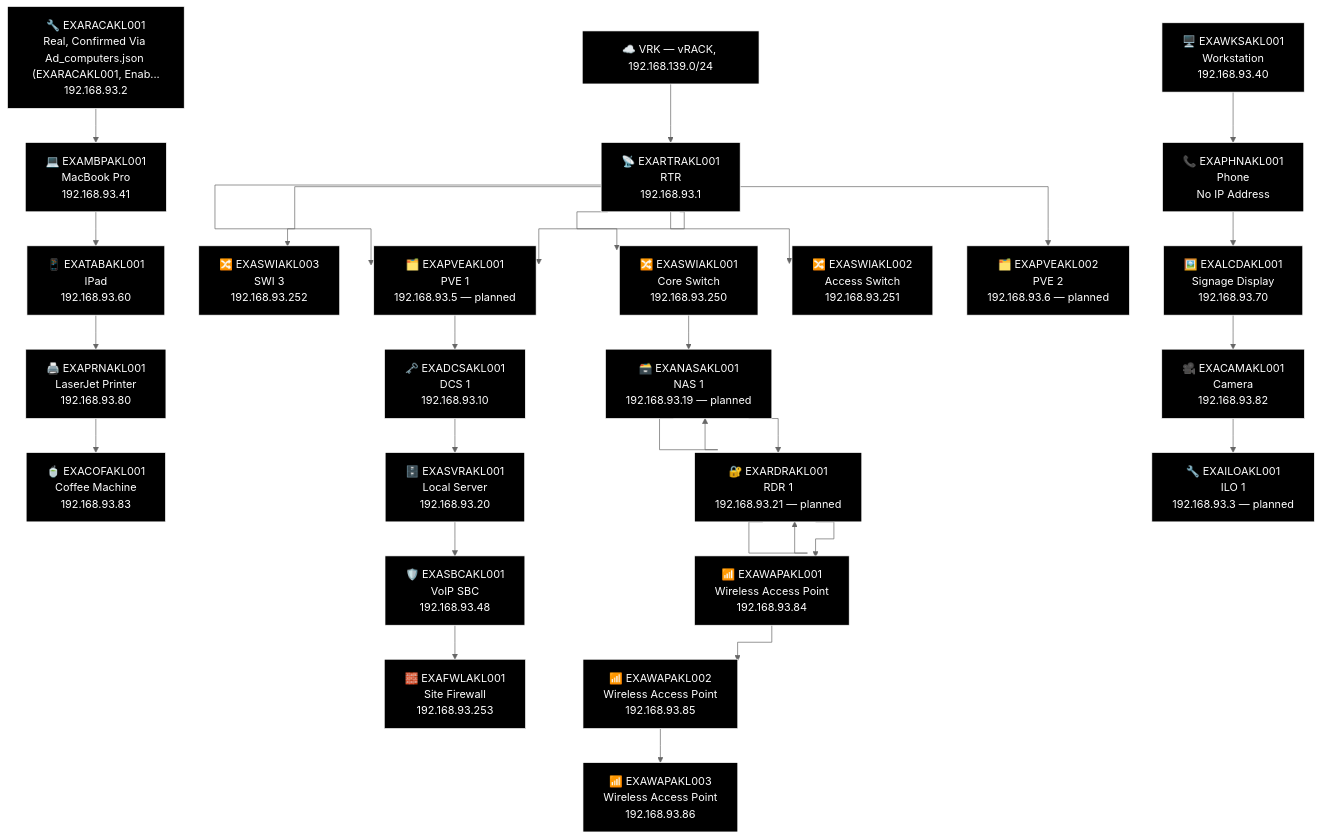
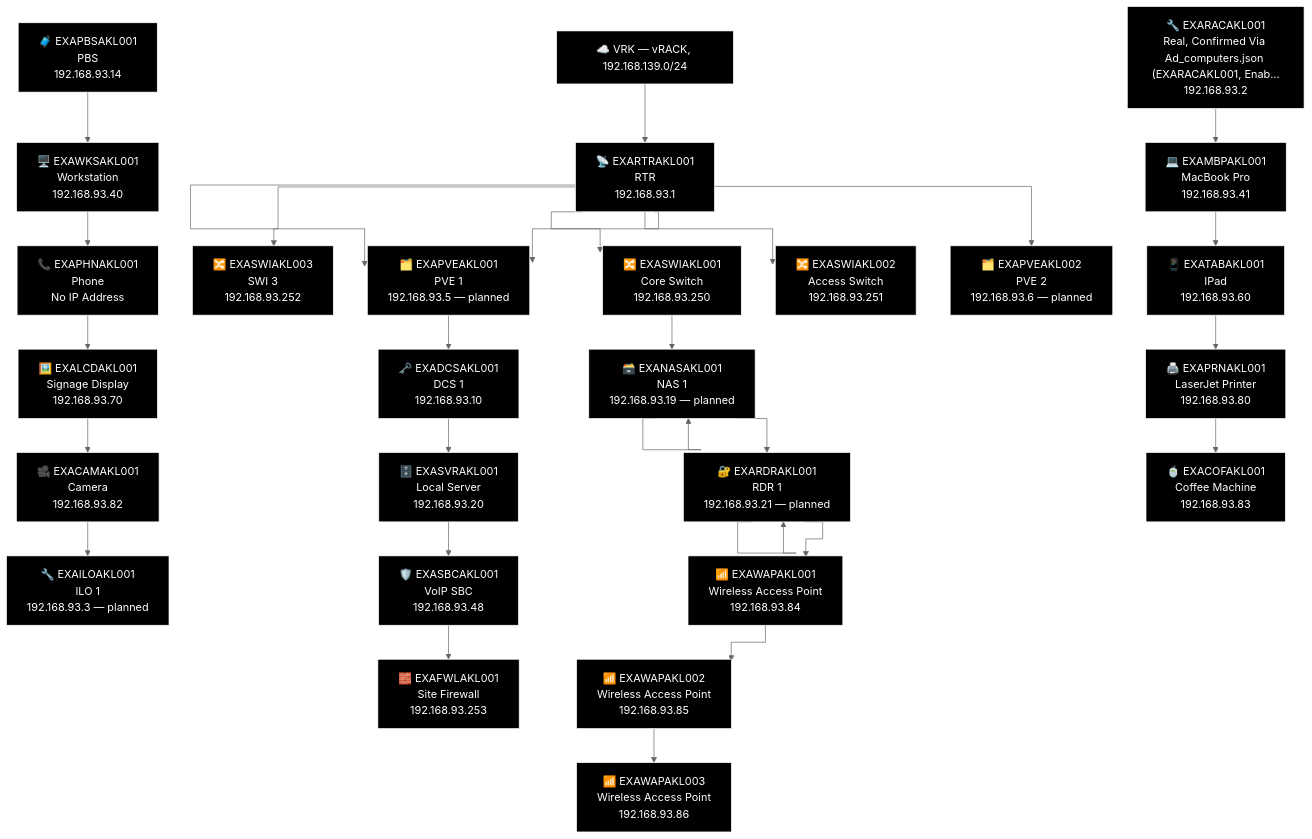
Before and after one commit to knightmare2600/example_music_infra: the third of 3 diagrams in docs/network-diagram/new-zealand.md, drawn with Mermaid (neutral theme). The commit also changed 14 other files, not shown here.

First line of the commit message:
docs/network-diagram: regenerate, every site was missing its PBS node

````diff
--- a/docs/network-diagram/new-zealand.md
+++ b/docs/network-diagram/new-zealand.md
@@ -131,75 +131,77 @@
 ```mermaid
 %% GENERATED:TOPOLOGY:AKL:START
 %%{init: {'flowchart': {'curve': 'stepAfter'}}}%%
 graph TD
     T_VRK["☁️ VRK — vRACK, 192.168.139.0/24"]
     T_RTR["📡 EXARTRAKL001<br/>RTR<br/>192.168.93.1"]
     T_VRK --> T_RTR
     T_PVE["🗂️ EXAPVEAKL001<br/>PVE 1<br/>192.168.93.5"]
     T_RTR --> T_PVE
     T_SWI["🔀 EXASWIAKL003<br/>SWI 3<br/>192.168.93.252"]
     T_RTR --> T_SWI
     T_SWI2["🔀 EXASWIAKL001<br/>Core Switch<br/>192.168.93.250"]
     T_RTR --> T_SWI2
     T_SWI3["🔀 EXASWIAKL002<br/>Access Switch<br/>192.168.93.251"]
     T_RTR --> T_SWI3
     T_PVE["🗂️ EXAPVEAKL001<br/>PVE 1<br/>192.168.93.5 — planned"]
     T_RTR --> T_PVE
     T_PVE2["🗂️ EXAPVEAKL002<br/>PVE 2<br/>192.168.93.6 — planned"]
     T_RTR --> T_PVE2
     T_NAS["🗃️ EXANASAKL001<br/>NAS<br/>192.168.93.19"]
     T_NAS["🗃️ EXANASAKL001<br/>NAS 1<br/>192.168.93.19 — planned"]
     T_RDR["🔐 EXARDRAKL001<br/>RDR<br/>192.168.93.21"]
     T_RDR["🔐 EXARDRAKL001<br/>RDR 1<br/>192.168.93.21 — planned"]
     T_WAP["📶 EXAWAPAKL001<br/>Wireless Access Point<br/>192.168.93.84"]
     T_WAP2["📶 EXAWAPAKL002<br/>Wireless Access Point<br/>192.168.93.85"]
     T_WAP3["📶 EXAWAPAKL003<br/>Wireless Access Point<br/>192.168.93.86"]
     T_SWI2 --> T_NAS --> T_NAS --> T_RDR --> T_RDR --> T_WAP --> T_WAP2 --> T_WAP3
     T_DCS["🗝️ EXADCSAKL001<br/>DCS 1<br/>192.168.93.10"]
     T_SVR["🗄️ EXASVRAKL001<br/>Local Server<br/>192.168.93.20"]
     T_SBC["🛡️ EXASBCAKL001<br/>VoIP SBC<br/>192.168.93.48"]
     T_FWL["🧱 EXAFWLAKL001<br/>Site Firewall<br/>192.168.93.253"]
     T_PVE --> T_DCS --> T_SVR --> T_SBC --> T_FWL
+    T_PBS["🧳 EXAPBSAKL001<br/>PBS<br/>192.168.93.14"]
     T_RAC["🔧 EXARACAKL001<br/>Real, Confirmed Via Ad_computers.json (EXARACAKL001, Enab...<br/>192.168.93.2"]
     T_WKS["🖥️ EXAWKSAKL001<br/>Workstation<br/>192.168.93.40"]
     T_MBP["💻 EXAMBPAKL001<br/>MacBook Pro<br/>192.168.93.41"]
     T_PHN["📞 EXAPHNAKL001<br/>Phone<br/>No IP Address"]
     T_TAB["📱 EXATABAKL001<br/>IPad<br/>192.168.93.60"]
     T_LCD["🖼️ EXALCDAKL001<br/>Signage Display<br/>192.168.93.70"]
     T_PRN["🖨️ EXAPRNAKL001<br/>LaserJet Printer<br/>192.168.93.80"]
     T_CAM["🎥 EXACAMAKL001<br/>Camera<br/>192.168.93.82"]
     T_COF["🍵 EXACOFAKL001<br/>Coffee Machine<br/>192.168.93.83"]
     T_ILO["🔧 EXAILOAKL001<br/>ILO 1<br/>192.168.93.3 — planned"]
+    T_PBS --> T_WKS --> T_PHN --> T_LCD --> T_CAM --> T_ILO
     T_RAC --> T_MBP --> T_TAB --> T_PRN --> T_COF
-    T_WKS --> T_PHN --> T_LCD --> T_CAM --> T_ILO
     style T_VRK fill:#000000,stroke:#FFFFFF,color:#FFFFFF
     style T_RTR fill:#000000,stroke:#FFFFFF,color:#FFFFFF
     style T_PVE fill:#000000,stroke:#FFFFFF,color:#FFFFFF
     style T_SWI fill:#000000,stroke:#FFFFFF,color:#FFFFFF
     style T_SWI2 fill:#000000,stroke:#FFFFFF,color:#FFFFFF
     style T_SWI3 fill:#000000,stroke:#FFFFFF,color:#FFFFFF
     style T_PVE fill:#000000,stroke:#FFFFFF,color:#FFFFFF
     style T_PVE2 fill:#000000,stroke:#FFFFFF,color:#FFFFFF
     style T_NAS fill:#000000,stroke:#FFFFFF,color:#FFFFFF
     style T_NAS fill:#000000,stroke:#FFFFFF,color:#FFFFFF
     style T_RDR fill:#000000,stroke:#FFFFFF,color:#FFFFFF
     style T_RDR fill:#000000,stroke:#FFFFFF,color:#FFFFFF
     style T_WAP fill:#000000,stroke:#FFFFFF,color:#FFFFFF
     style T_WAP2 fill:#000000,stroke:#FFFFFF,color:#FFFFFF
     style T_WAP3 fill:#000000,stroke:#FFFFFF,color:#FFFFFF
     style T_DCS fill:#000000,stroke:#FFFFFF,color:#FFFFFF
     style T_SVR fill:#000000,stroke:#FFFFFF,color:#FFFFFF
     style T_SBC fill:#000000,stroke:#FFFFFF,color:#FFFFFF
     style T_FWL fill:#000000,stroke:#FFFFFF,color:#FFFFFF
+    style T_PBS fill:#000000,stroke:#FFFFFF,color:#FFFFFF
     style T_RAC fill:#000000,stroke:#FFFFFF,color:#FFFFFF
     style T_WKS fill:#000000,stroke:#FFFFFF,color:#FFFFFF
     style T_MBP fill:#000000,stroke:#FFFFFF,color:#FFFFFF
     style T_PHN fill:#000000,stroke:#FFFFFF,color:#FFFFFF
     style T_TAB fill:#000000,stroke:#FFFFFF,color:#FFFFFF
     style T_LCD fill:#000000,stroke:#FFFFFF,color:#FFFFFF
     style T_PRN fill:#000000,stroke:#FFFFFF,color:#FFFFFF
     style T_CAM fill:#000000,stroke:#FFFFFF,color:#FFFFFF
     style T_COF fill:#000000,stroke:#FFFFFF,color:#FFFFFF
     style T_ILO fill:#000000,stroke:#FFFFFF,color:#FFFFFF
 %% GENERATED:TOPOLOGY:AKL:END
 ```
````
